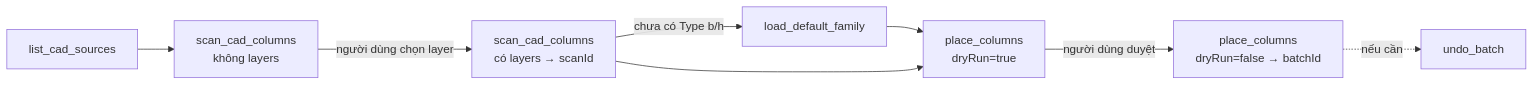
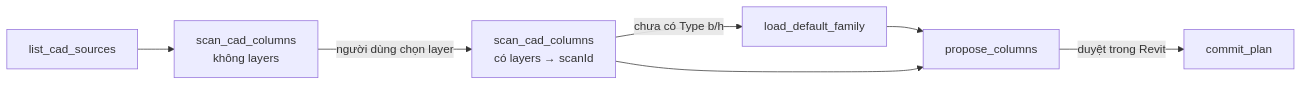
Before and after one commit to haivo088/261011_bimtech-revit-mcp: the second of 2 diagrams in docs/05-cad-to-structure.md, drawn with Mermaid. The commit also changed other lines of this file and 20 other files, not shown here.

````diff
--- a/docs/05-cad-to-structure.md
+++ b/docs/05-cad-to-structure.md
@@ -79,10 +79,9 @@
 ```mermaid
 flowchart LR
     A[list_cad_sources] --> B[scan_cad_columns<br/>không layers]
     B -->|người dùng chọn layer| C[scan_cad_columns<br/>có layers → scanId]
     C -->|chưa có Type b/h| L[load_default_family]
     L --> D
-    C --> D[place_columns<br/>dryRun=true]
-    D -->|người dùng duyệt| E[place_columns<br/>dryRun=false → batchId]
-    E -.->|nếu cần| U[undo_batch]
+    C --> D[propose_columns]
+    D -->|duyệt trong Revit| E[commit_plan]
 ```
````
